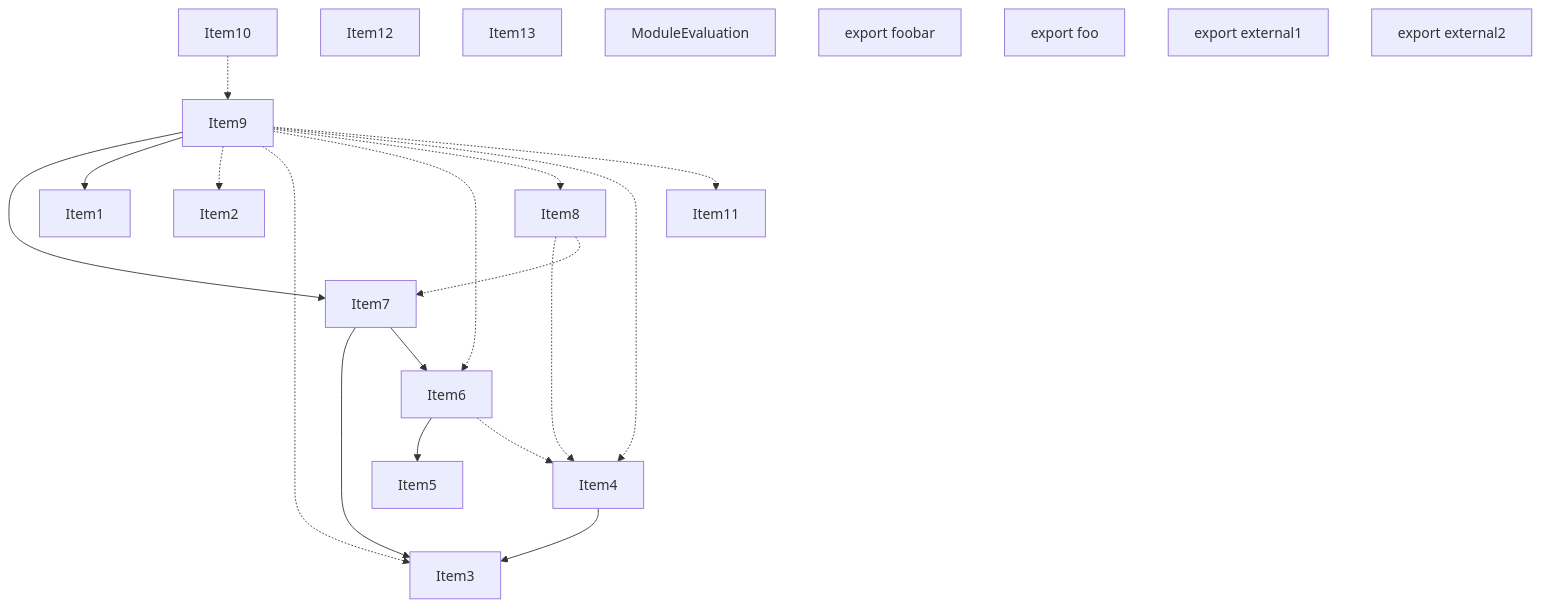
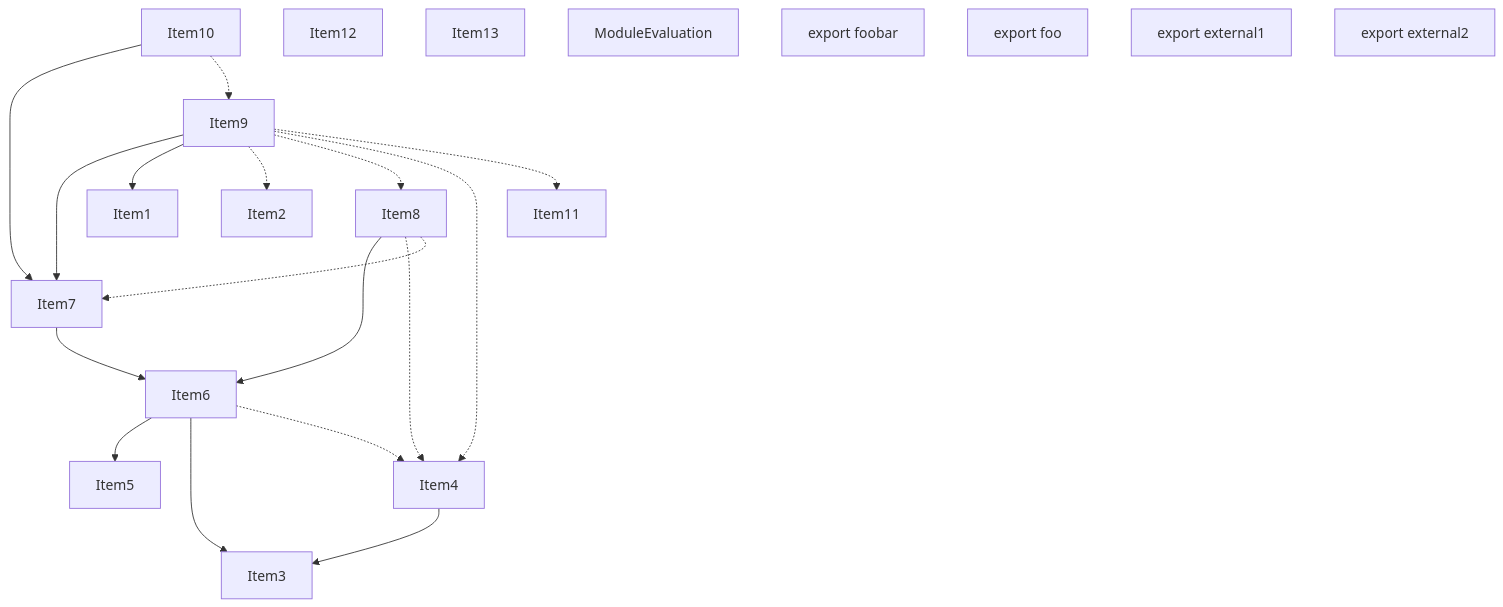
Before and after one commit to vercel/turborepo: the second of 5 diagrams in crates/turbopack-ecmascript/tests/tree-shaker/analyzer/1/output.md, drawn with Mermaid. The commit also changed other lines of this file and 3 other files, not shown here.

````diff
--- a/crates/turbopack-ecmascript/tests/tree-shaker/analyzer/1/output.md
+++ b/crates/turbopack-ecmascript/tests/tree-shaker/analyzer/1/output.md
@@ -175,42 +177,42 @@
 ```mermaid
 graph TD
     Item1;
     Item2;
     Item3;
     Item4;
     Item5;
     Item6;
     Item7;
     Item8;
     Item9;
     Item10;
     Item11;
     Item12;
     Item13;
     Item14;
     Item14["ModuleEvaluation"];
     Item15;
     Item15["export foobar"];
     Item16;
     Item16["export foo"];
     Item17;
     Item17["export external1"];
     Item18;
     Item18["export external2"];
     Item4 --> Item3;
     Item6 --> Item5;
+    Item6 --> Item3;
     Item6 -.-> Item4;
-    Item7 --> Item3;
     Item7 --> Item6;
+    Item8 --> Item6;
     Item8 -.-> Item4;
     Item8 -.-> Item7;
     Item9 --> Item7;
     Item9 --> Item1;
     Item9 -.-> Item2;
-    Item9 -.-> Item3;
-    Item9 -.-> Item6;
     Item9 -.-> Item8;
     Item9 -.-> Item4;
     Item9 -.-> Item11;
+    Item10 --> Item7;
     Item10 -.-> Item9;
 ```
````
